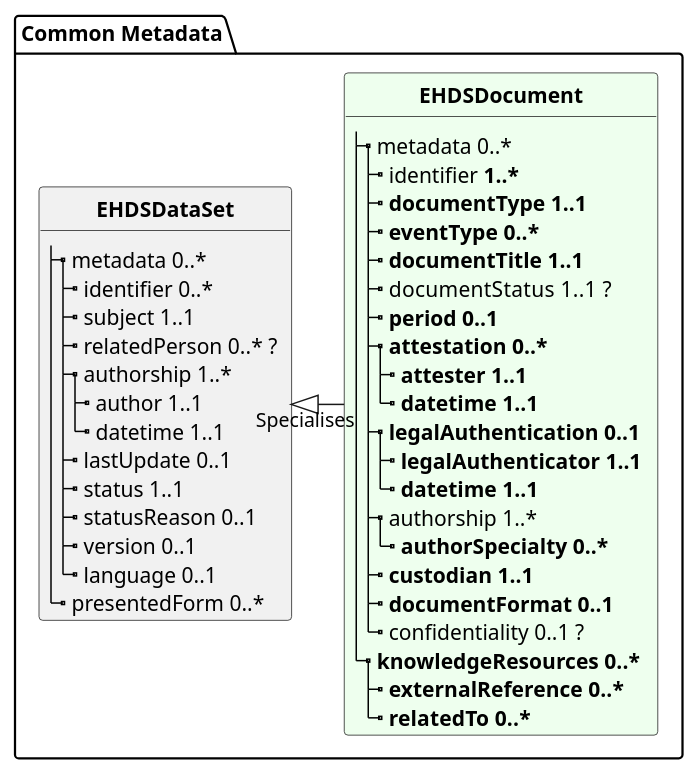
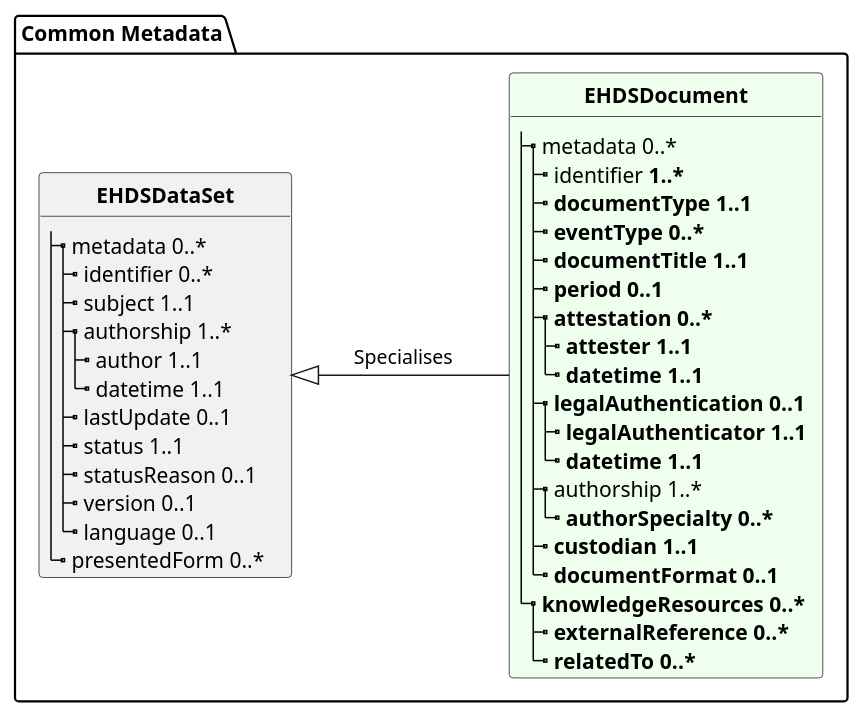
Before and after one commit to Xt-EHR/xt-ehr-metadata: the diagram in input/images-source/common.plantuml, drawn with PlantUML. The commit also changed 16 other files, not shown here.

```diff
--- a/input/images-source/common.plantuml
+++ b/input/images-source/common.plantuml
@@ -1,5 +1,5 @@
 @startuml
-skinparam linetype ortho
+'skinparam linetype ortho
 hide circle
 hide stereotype
 hide methods
@@ -11,7 +11,7 @@
   |_ metadata 0..*
     |_ identifier 0..*
     |_ subject 1..1   
-    |_ relatedPerson 0..* ?
+'    |_ relatedPerson 0..* ?
   '  |_ origin 0..1   
     |_ authorship 1..*   
       |_ author 1..1   
@@ -42,7 +42,7 @@
     |_ <b>documentType 1..1
     |_ <b>eventType 0..*   
     |_ <b>documentTitle 1..1   
-    |_ documentStatus 1..1  ?
+'    |_ documentStatus 1..1  ?
     |_ <b>period 0..1   
     |_ <b>attestation 0..*   
       |_ <b>attester 1..1   
@@ -54,7 +54,7 @@
       |_ <b>authorSpecialty 0..*   
     |_ <b>custodian 1..1   
     |_ <b>documentFormat 0..1   
-    |_ confidentiality 0..1 ? 
+'    |_ confidentiality 0..1 ? 
   |_ <b>knowledgeResources 0..*   
     |_ <b>externalReference 0..*   
     |_ <b>relatedTo 0..*   
@@ -353,7 +353,7 @@
 '}
 
 
-EHDSData <|-r- EHDSDocument: "              Specialises                   "
+EHDSData <|-r- EHDSDocument: "       Specialises      "
 
 ''EHDSData <|-- RESTfulExchange
 ''RESTfulExchange <|-- Prescription'
```
